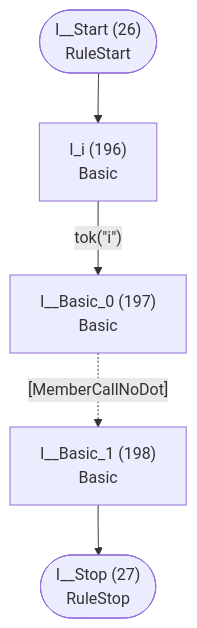
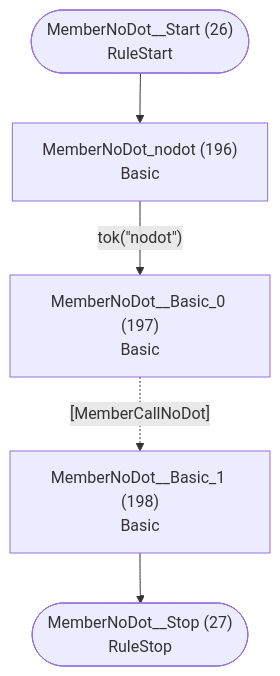
Before and after one commit to TypeFox/fastbelt: diagram 14 of 41 in internal/languages/completion/atn.md, drawn with Mermaid. The commit also changed other lines of this file and 11 other files, not shown here.

````diff
--- a/internal/languages/completion/atn.md
+++ b/internal/languages/completion/atn.md
@@ -394,13 +394,13 @@
 ```mermaid
 flowchart TD
-    q26(["I__Start (26)<br/>RuleStart"])
-    q27(["I__Stop (27)<br/>RuleStop"])
-    q196["I_i (196)<br/>Basic<br/>"]
-    q197["I__Basic_0 (197)<br/>Basic<br/>"]
-    q198["I__Basic_1 (198)<br/>Basic<br/>"]
+    q26(["MemberNoDot__Start (26)<br/>RuleStart"])
+    q27(["MemberNoDot__Stop (27)<br/>RuleStop"])
+    q196["MemberNoDot_nodot (196)<br/>Basic<br/>"]
+    q197["MemberNoDot__Basic_0 (197)<br/>Basic<br/>"]
+    q198["MemberNoDot__Basic_1 (198)<br/>Basic<br/>"]
 
     q26 --> q196
-    q196 -->|"tok(&quot;i&quot;)"| q197
+    q196 -->|"tok(&quot;nodot&quot;)"| q197
     q197 -.->|"[MemberCallNoDot]"| q198
     q198 --> q27
 ```
````
